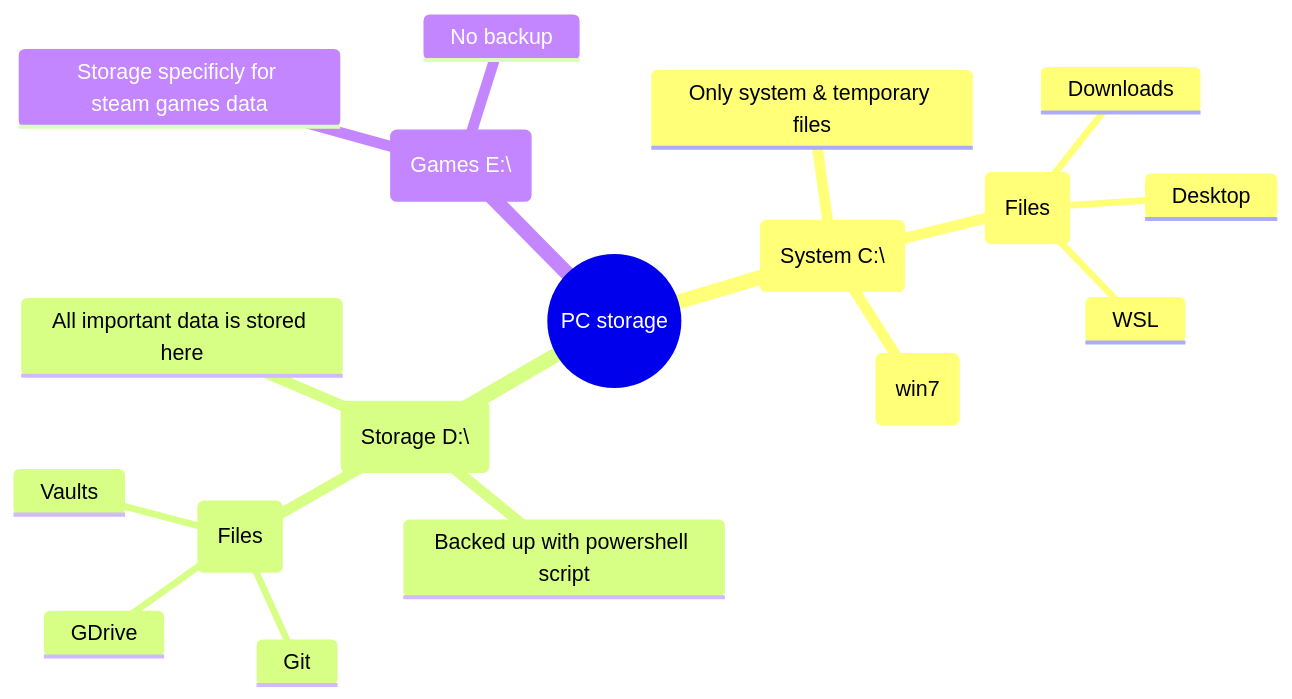
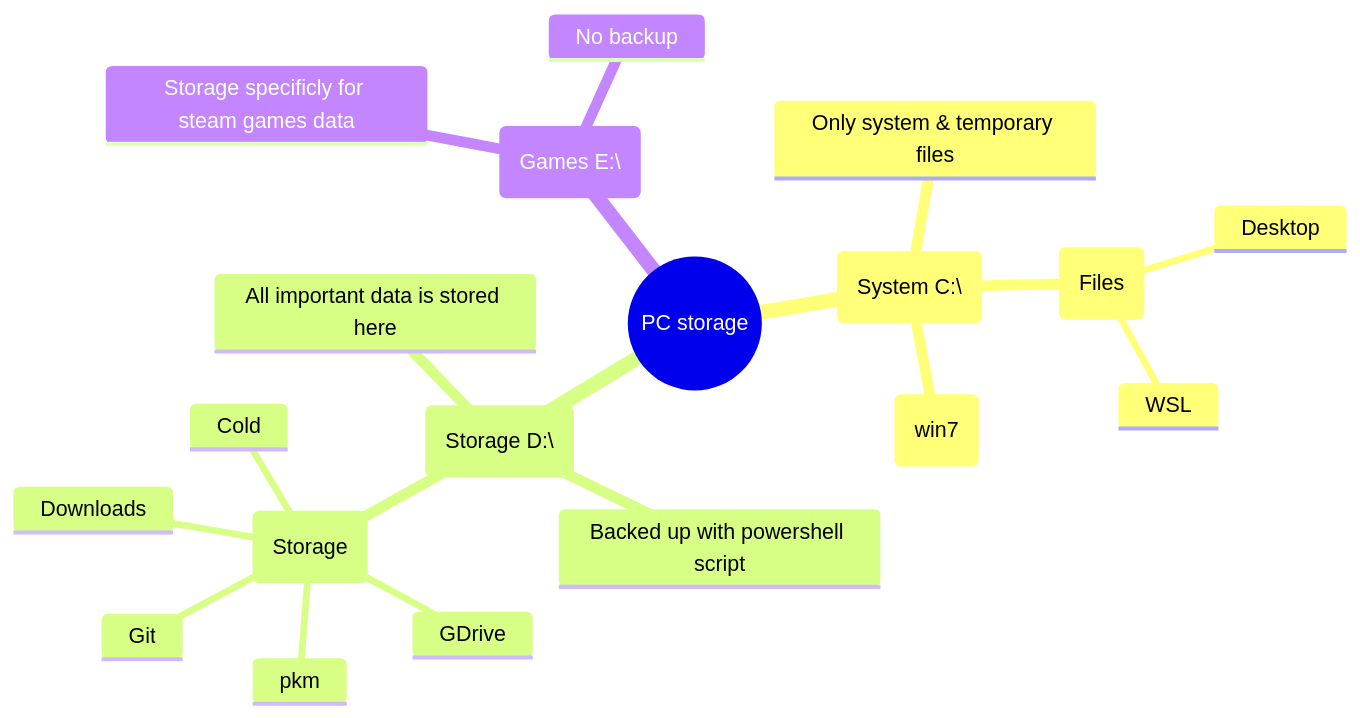
The diagram in content/Структура файлов на компьютерах.md (leins275/quartz), drawn with Mermaid before and after one commit. The commit also changed other lines of this file and 17 other files, not shown here.

````diff
--- a/content/Структура файлов на компьютерах.md
+++ b/content/Структура файлов на компьютерах.md
@@ -10,21 +10,22 @@
 ```mermaid
 mindmap
 	root((PC storage))
 		System(System C:\)
 			Only system & temporary files
 			files1(Files)
 				Desktop
-				Downloads
 				WSL
 			Backed up with windows image (win7)
 		Storage(Storage D:\)
 			All important data is stored here
 			Backed up with powershell script
-			files2(Files)	
+			files2(Storage)	
 				Git
 				GDrive
-				Vaults
+				Downloads
+				pkm
+				Cold
 		Games(Games E:\)
 			Storage specificly for steam games data
 			No backup
 ```
````
